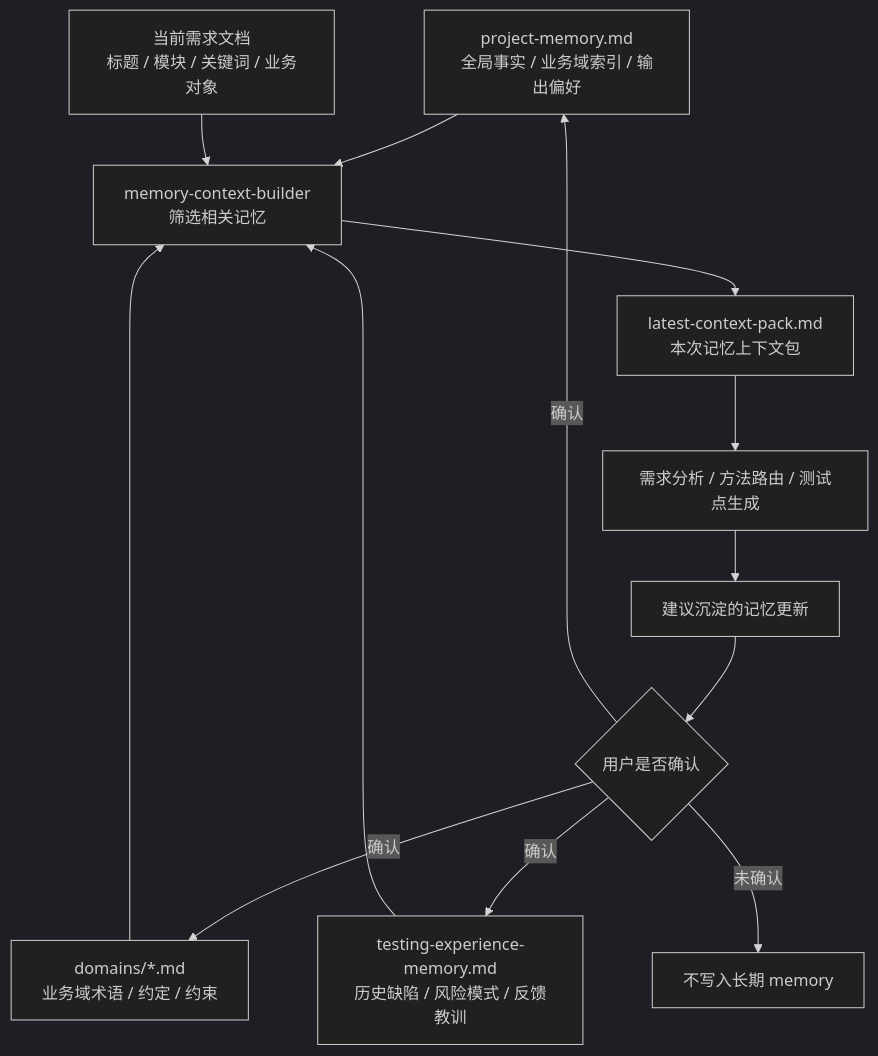
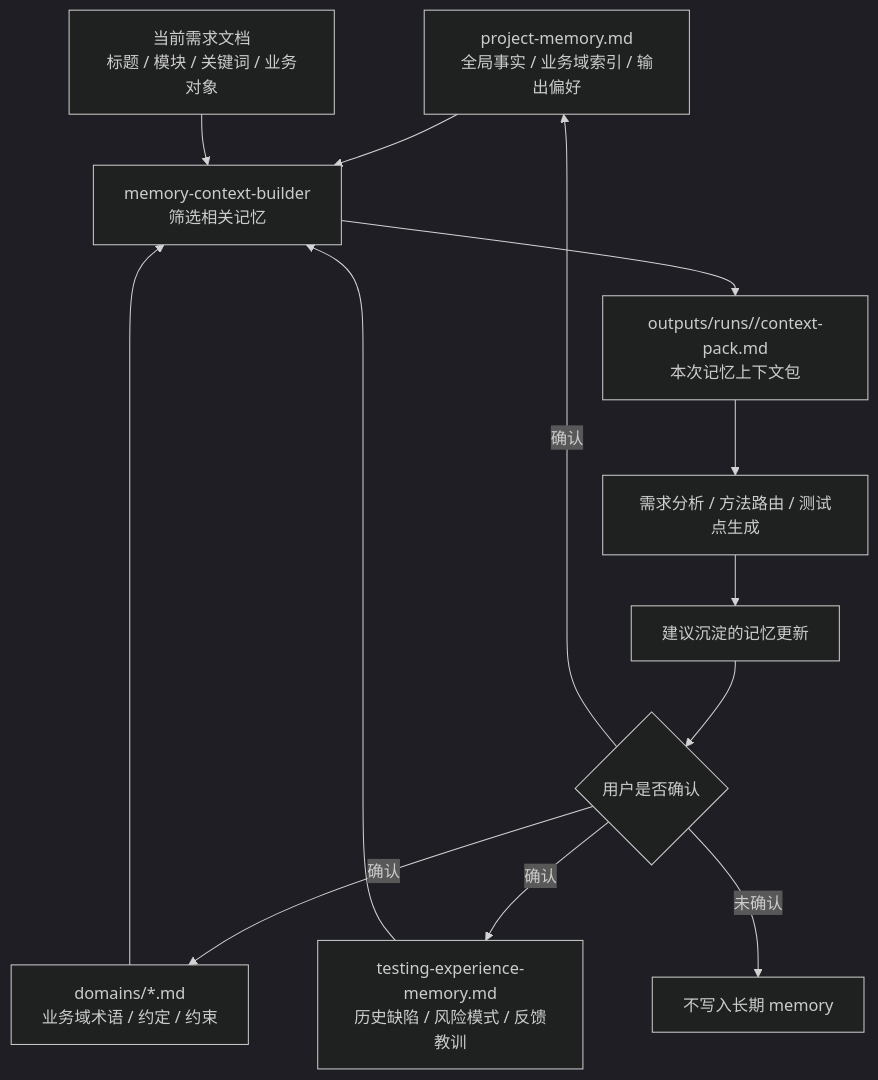
Before and after one commit to szluoqy-byte/Test-Analysis-Agent: the sixth of 8 diagrams in docs/test-analysis-agent-design.md, drawn with Mermaid (dark theme). The commit also changed other lines of this file and 18 other files, not shown here.

Commit message:
feat: make context pack run-scoped

````diff
--- a/docs/test-analysis-agent-design.md
+++ b/docs/test-analysis-agent-design.md
@@ -336,15 +335,15 @@
 ```mermaid
 flowchart TD
   Project["project-memory.md\n全局事实 / 业务域索引 / 输出偏好"] --> Select["memory-context-builder\n筛选相关记忆"]
   Domains["domains/*.md\n业务域术语 / 约定 / 约束"] --> Select
   Experience["testing-experience-memory.md\n历史缺陷 / 风险模式 / 反馈教训"] --> Select
   Requirement["当前需求文档\n标题 / 模块 / 关键词 / 业务对象"] --> Select
-  Select --> Pack["latest-context-pack.md\n本次记忆上下文包"]
+  Select --> Pack["outputs/runs/<run-id>/context-pack.md\n本次记忆上下文包"]
   Pack --> Analysis["需求分析 / 方法路由 / 测试点生成"]
   Analysis --> Proposal["建议沉淀的记忆更新"]
   Proposal --> Confirm{"用户是否确认"}
   Confirm -- "确认" --> Project
   Confirm -- "确认" --> Domains
   Confirm -- "确认" --> Experience
   Confirm -- "未确认" --> NoWrite["不写入长期 memory"]
 ```
````
